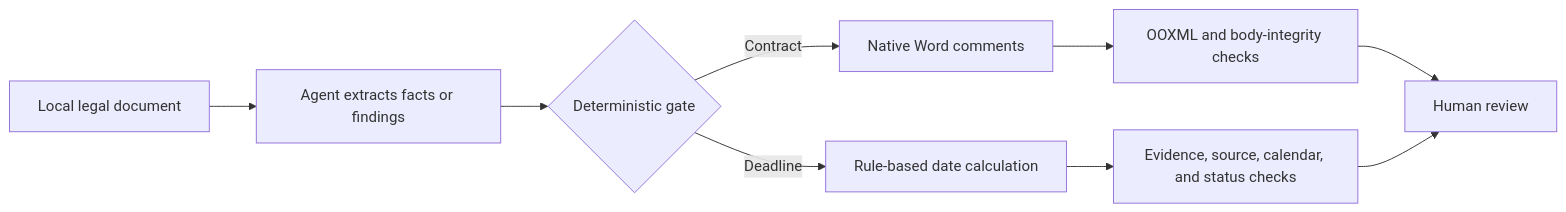
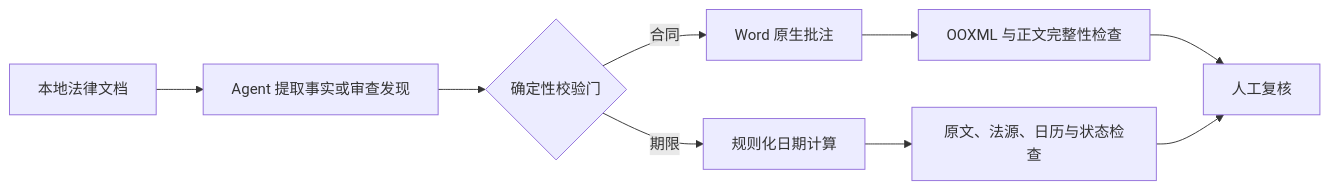
The diagram in README.md (qwertyzhu/openlawkit), drawn with Mermaid before and after one commit. The commit also changed other lines of this file and 11 other files, not shown here.

````diff
--- a/README.md
+++ b/README.md
@@ -94,11 +94,11 @@
 ```mermaid
 flowchart LR
-    A["Local legal document"] --> B["Agent extracts facts or findings"]
-    B --> C{"Deterministic gate"}
-    C -->|"Contract"| D["Native Word comments"]
-    C -->|"Deadline"| E["Rule-based date calculation"]
-    D --> F["OOXML and body-integrity checks"]
-    E --> G["Evidence, source, calendar, and status checks"]
-    F --> H["Human review"]
+    A["本地法律文档"] --> B["Agent 提取事实或审查发现"]
+    B --> C{"确定性校验门"}
+    C -->|"合同"| D["Word 原生批注"]
+    C -->|"期限"| E["规则化日期计算"]
+    D --> F["OOXML 与正文完整性检查"]
+    E --> G["原文、法源、日历与状态检查"]
+    F --> H["人工复核"]
     G --> H
 ```
````
